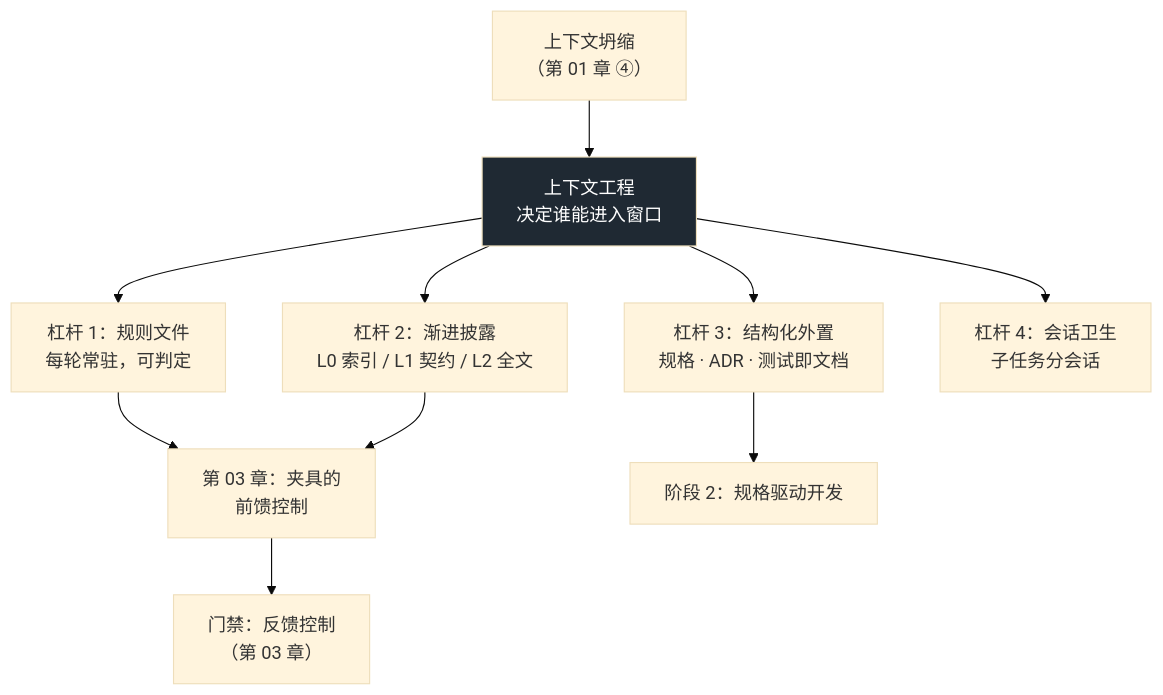
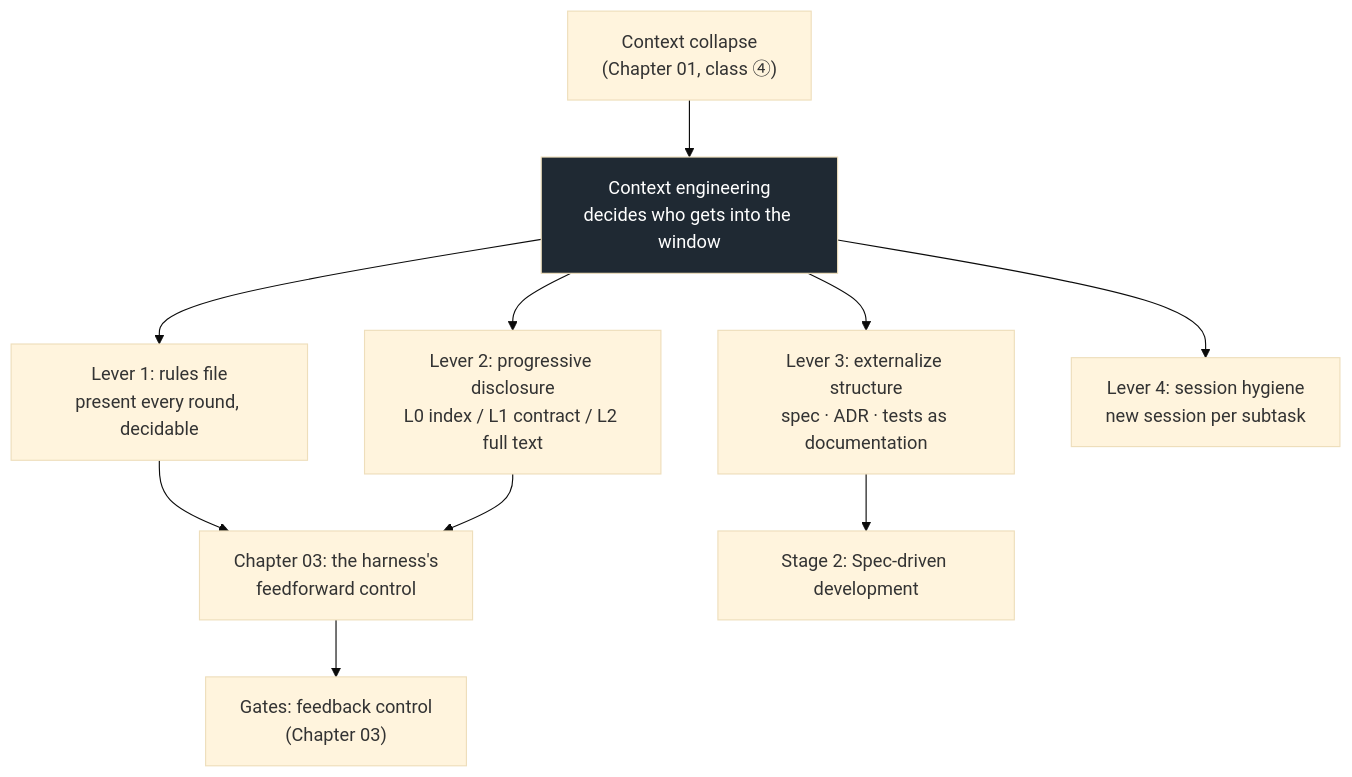
The diagram in phase1/chapters/ch02-context-over-prompt.md (xzlxiao/vibe-coding-textbook), drawn with Mermaid (base theme) before and after one commit. The commit also changed other lines of this file and 4 other files, not shown here.

````diff
--- a/phase1/chapters/ch02-context-over-prompt.md
+++ b/phase1/chapters/ch02-context-over-prompt.md
@@ -315,14 +315,14 @@
 ```mermaid
 flowchart TD
-    A["上下文坍缩<br>（第 01 章 ④）"] --> B["上下文工程<br>决定谁能进入窗口"]
-    B --> C["杠杆 1：规则文件<br>每轮常驻，可判定"]
-    B --> D["杠杆 2：渐进披露<br>L0 索引 / L1 契约 / L2 全文"]
-    B --> E["杠杆 3：结构化外置<br>规格 · ADR · 测试即文档"]
-    B --> F["杠杆 4：会话卫生<br>子任务分会话"]
-    C --> G["第 03 章：夹具的<br>前馈控制"]
+    A["Context collapse<br>(Chapter 01, class ④)"] --> B["Context engineering<br>decides who gets into the window"]
+    B --> C["Lever 1: rules file<br>present every round, decidable"]
+    B --> D["Lever 2: progressive disclosure<br>L0 index / L1 contract / L2 full text"]
+    B --> E["Lever 3: externalize structure<br>spec · ADR · tests as documentation"]
+    B --> F["Lever 4: session hygiene<br>new session per subtask"]
+    C --> G["Chapter 03: the harness's<br>feedforward control"]
     D --> G
-    E --> H["阶段 2：规格驱动开发"]
-    G --> I["门禁：反馈控制<br>（第 03 章）"]
+    E --> H["Stage 2: Spec-driven development"]
+    G --> I["Gates: feedback control<br>(Chapter 03)"]
 
     style B fill:#1F2933,color:#FFFFFF
 ```
````
